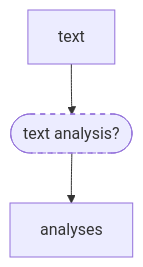
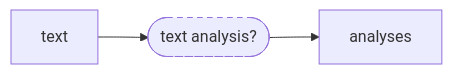
One commit to TLP-COI/text-data-course changed the first of 3 diagrams in content/00-introduction/intro.md. Above: the diagram before and after it, drawn with Mermaid. The commit also changed other lines of this file and 1 other file, not shown here.

````diff
--- a/content/00-introduction/intro.md
+++ b/content/00-introduction/intro.md
@@ -7,6 +7,6 @@
 ```{mermaid}
-graph TD
+graph LR
 text --> ta(["text analysis?"])
 style ta stroke-dasharray: 5 5
 ta --> analyses
 ```
````
